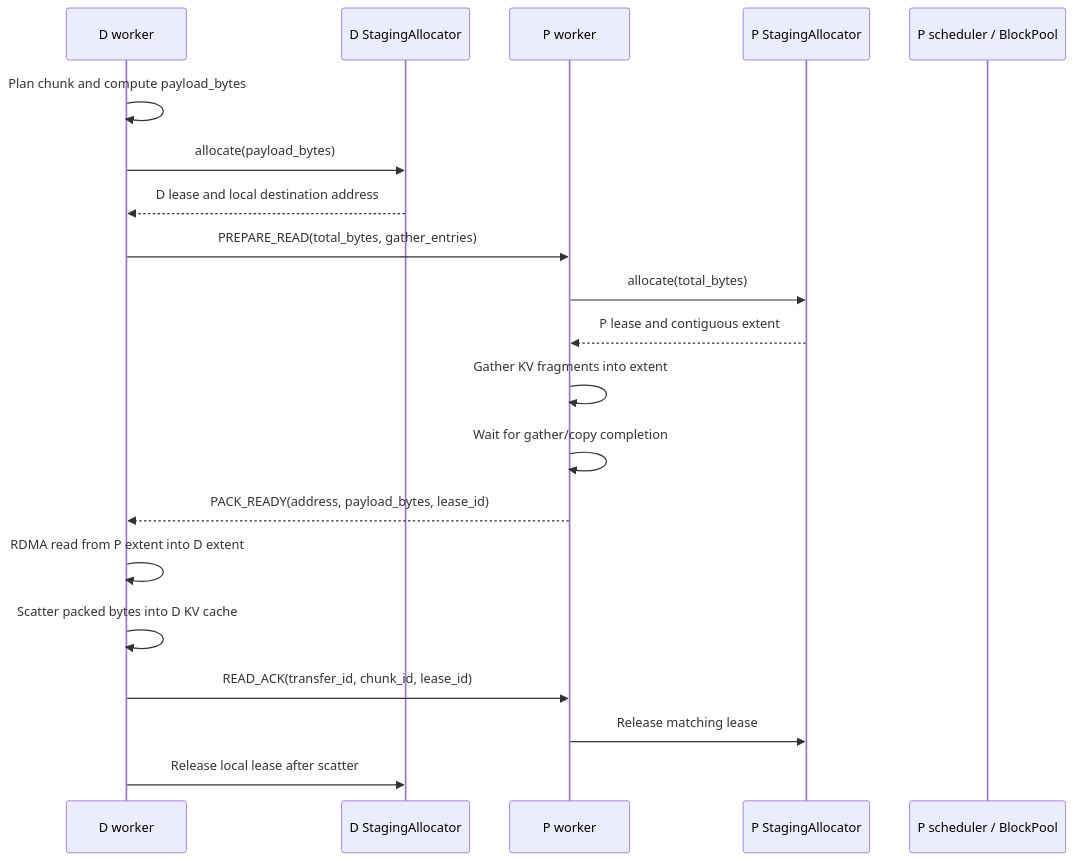
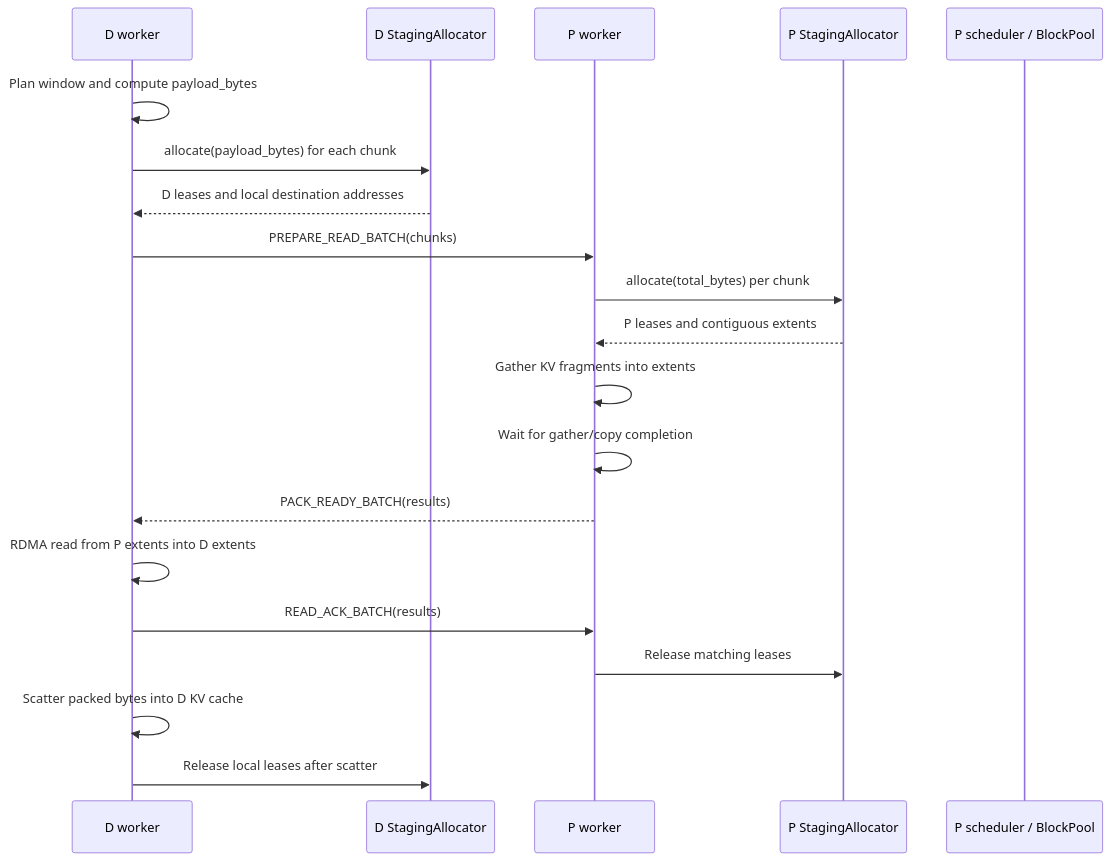
Before and after one commit to szza/vllm-ascend: the first of 2 diagrams in docs/source/developer_guide/Design_Documents/mooncake_staging_allocator.md, drawn with Mermaid. The commit also changed other lines of this file and 15 other files, not shown here.

First line of the commit message:
refactor(kv-transfer): run packed staging as one all-or-nothing window

````diff
--- a/docs/source/developer_guide/Design_Documents/mooncake_staging_allocator.md
+++ b/docs/source/developer_guide/Design_Documents/mooncake_staging_allocator.md
@@ -14,23 +14,23 @@
 ```mermaid
 sequenceDiagram
     participant D as D worker
     participant DA as D StagingAllocator
     participant P as P worker
     participant PA as P StagingAllocator
     participant BP as P scheduler / BlockPool
 
-    D->>D: Plan chunk and compute payload_bytes
-    D->>DA: allocate(payload_bytes)
-    DA-->>D: D lease and local destination address
-    D->>P: PREPARE_READ(total_bytes, gather_entries)
-    P->>PA: allocate(total_bytes)
-    PA-->>P: P lease and contiguous extent
-    P->>P: Gather KV fragments into extent
+    D->>D: Plan window and compute payload_bytes
+    D->>DA: allocate(payload_bytes) for each chunk
+    DA-->>D: D leases and local destination addresses
+    D->>P: PREPARE_READ_BATCH(chunks)
+    P->>PA: allocate(total_bytes) per chunk
+    PA-->>P: P leases and contiguous extents
+    P->>P: Gather KV fragments into extents
     P->>P: Wait for gather/copy completion
-    P-->>D: PACK_READY(address, payload_bytes, lease_id)
-    D->>D: RDMA read from P extent into D extent
+    P-->>D: PACK_READY_BATCH(results)
+    D->>D: RDMA read from P extents into D extents
+    D->>P: READ_ACK_BATCH(results)
+    P->>PA: Release matching leases
     D->>D: Scatter packed bytes into D KV cache
-    D->>P: READ_ACK(transfer_id, chunk_id, lease_id)
-    P->>PA: Release matching lease
-    D->>DA: Release local lease after scatter
+    D->>DA: Release local leases after scatter
 ```
````
